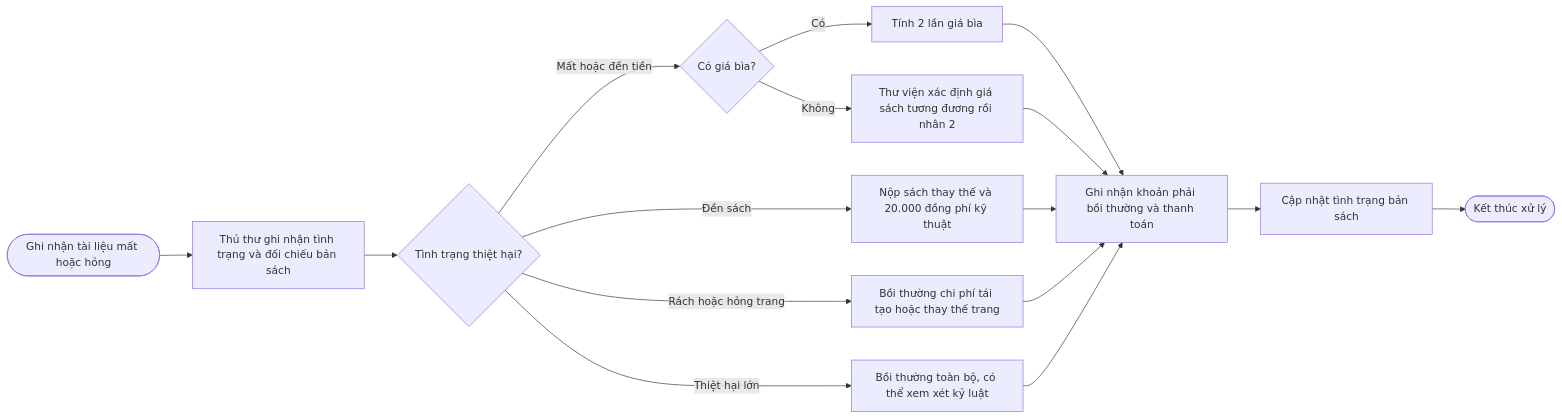
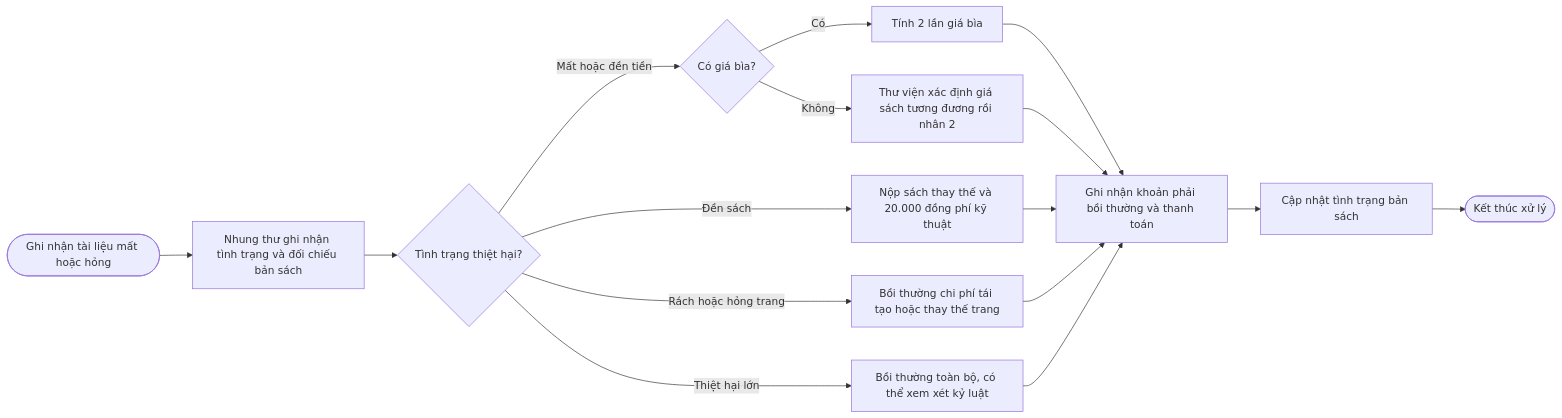
The eighth of 9 diagrams in tai_lieu/Workflow.md (Jin01524/LTMMT-ThuVienDAU), drawn with Mermaid before and after one commit. The commit also changed other lines of this file and 323 other files, not shown here.

````diff
--- a/tai_lieu/Workflow.md
+++ b/tai_lieu/Workflow.md
@@ -193,18 +193,18 @@
 ```mermaid
 flowchart LR
-    start(["Ghi nhận tài liệu mất hoặc hỏng"]) --> assess["Thủ thư ghi nhận tình trạng và đối chiếu bản sách"]
+    start(["Ghi nhận tài liệu mất hoặc hỏng"]) --> assess["Nhung thư ghi nhận tình trạng và đối chiếu bản sách"]
     assess --> caseType{"Tình trạng thiệt hại?"}
     caseType -->|"Mất hoặc đền tiền"| price{"Có giá bìa?"}
     price -->|"Có"| doublePrice["Tính 2 lần giá bìa"]
     price -->|"Không"| equivalent["Thư viện xác định giá sách tương đương rồi nhân 2"]
     caseType -->|"Đền sách"| replacement["Nộp sách thay thế và 20.000 đồng phí kỹ thuật"]
     caseType -->|"Rách hoặc hỏng trang"| pages["Bồi thường chi phí tái tạo hoặc thay thế trang"]
     caseType -->|"Thiệt hại lớn"| major["Bồi thường toàn bộ, có thể xem xét kỷ luật"]
     doublePrice --> settle["Ghi nhận khoản phải bồi thường và thanh toán"]
     equivalent --> settle
     replacement --> settle
     pages --> settle
     major --> settle
     settle --> itemState["Cập nhật tình trạng bản sách"]
     itemState --> finish(["Kết thúc xử lý"])
 ```
````
